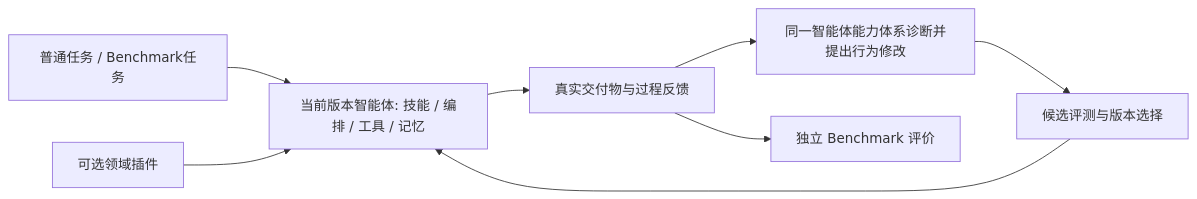
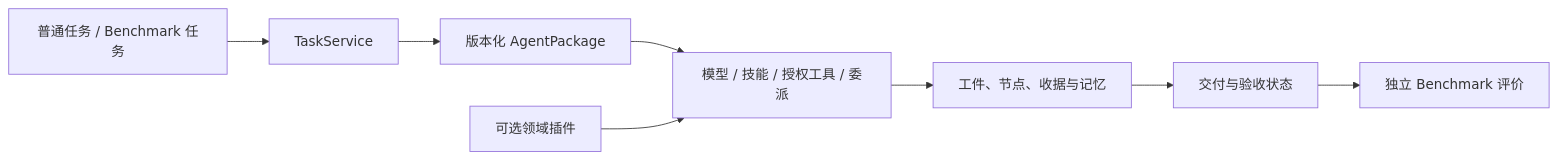
One commit to csxq0605/Nexgent changed the diagram in README.md. Above: the diagram before and after it, drawn with Mermaid. The commit also changed other lines of this file and 35 other files, not shown here.

Commit message:
feat: add task-agent runtime and workbench benchmark

````diff
--- a/README.md
+++ b/README.md
@@ -28,10 +33,10 @@
 ```mermaid
 flowchart LR
-    T[普通任务 / Benchmark任务] --> A[当前版本智能体: 技能 / 编排 / 工具 / 记忆]
-    A --> O[真实交付物与过程反馈]
-    O --> I[同一智能体能力体系诊断并提出行为修改]
-    I --> V[候选评测与版本选择]
-    V --> A
-    D[可选领域插件] --> A
+    T[普通任务 / Benchmark 任务] --> S[TaskService]
+    S --> P[版本化 AgentPackage]
+    P --> C[模型 / 技能 / 授权工具 / 委派]
+    C --> A[工件、节点、收据与记忆]
+    A --> O[交付与验收状态]
+    D[可选领域插件] --> C
     O --> B[独立 Benchmark 评价]
 ```
````
